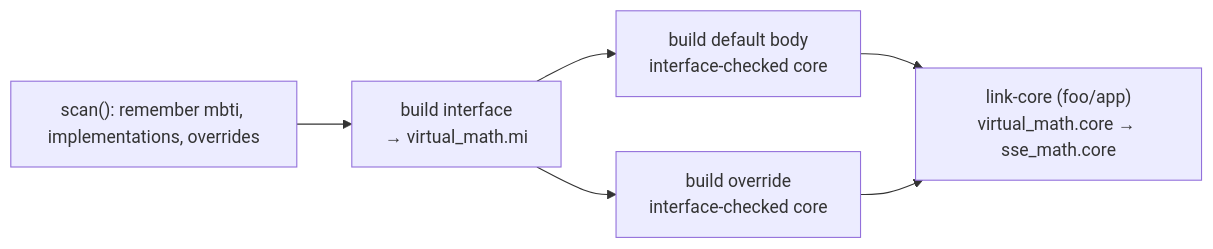
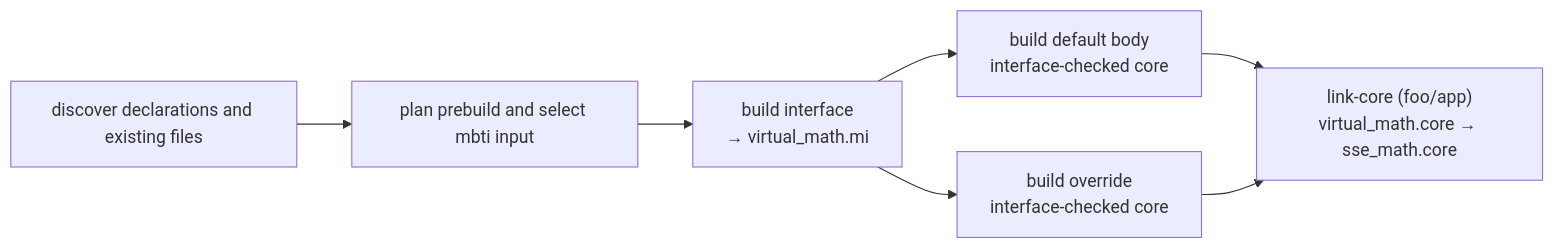
The diagram in docs/dev/reference/virtual-pkg.md (moonbitlang/moon), drawn with Mermaid before and after one commit. The commit also changed other lines of this file and 27 other files, not shown here.

````diff
--- a/docs/dev/reference/virtual-pkg.md
+++ b/docs/dev/reference/virtual-pkg.md
@@ -75,14 +90,15 @@
 ```mermaid
 flowchart LR
-    scan["scan(): remember mbti, implementations, overrides"]
+    scan["discover declarations and existing files"]
+    select["plan prebuild and select mbti input"]
     iface["build interface<br/>→ virtual_math.mi"]
     default["build default body<br/>interface-checked core"]
     impl["build override<br/>interface-checked core"]
     link["link-core (foo/app)<br/>virtual_math.core → sse_math.core"]
 
-    scan --> iface
+    scan --> select --> iface
     iface --> default
     iface --> impl
     default --> link
     impl --> link
 ```
````
